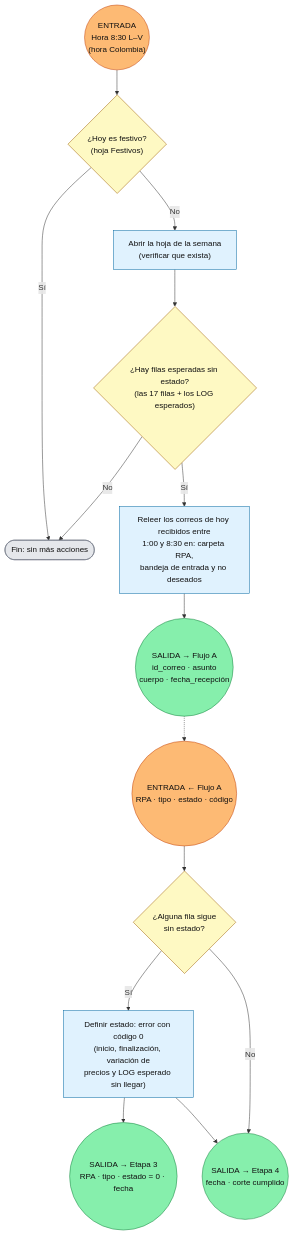
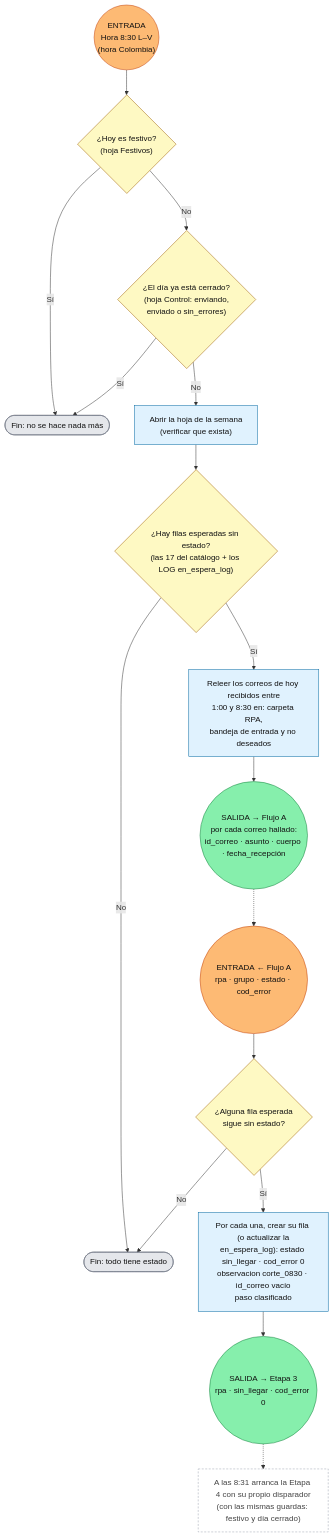
The diagram in etapa2-lectura-correos/flujo2c-corte-0830.md (juanromerov/champions-rpa-mx), drawn with Mermaid before and after one commit. The commit also changed other lines of this file and 5 other files, not shown here.

````diff
--- a/etapa2-lectura-correos/flujo2c-corte-0830.md
+++ b/etapa2-lectura-correos/flujo2c-corte-0830.md
@@ -5,32 +5,37 @@
 ```mermaid
 flowchart TD
     classDef entrada fill:#fdba74,stroke:#c2410c,color:#111
     classDef salida fill:#86efac,stroke:#15803d,color:#111
     classDef paso fill:#e0f2fe,stroke:#0369a1,color:#111
     classDef decision fill:#fef9c3,stroke:#a16207,color:#111
     classDef gris fill:#e5e7eb,stroke:#6b7280,color:#111
+    classDef nota fill:#fff,stroke:#9ca3af,color:#444,stroke-dasharray:4 3
 
     IN(("ENTRADA<br/>Hora 8:30 L–V<br/>(hora Colombia)")):::entrada
     FEST{"¿Hoy es festivo?<br/>(hoja Festivos)"}:::decision
-    FIN(["Fin: sin más acciones"]):::gris
+    ENV{"¿El día ya está cerrado?<br/>(hoja Control: enviando,<br/>enviado o sin_errores)"}:::decision
+    FIN(["Fin: no se hace nada más"]):::gris
     ABRIR["Abrir la hoja de la semana<br/>(verificar que exista)"]:::paso
-    PEND{"¿Hay filas esperadas sin estado?<br/>(las 17 filas + los LOG esperados)"}:::decision
+    PEND{"¿Hay filas esperadas sin estado?<br/>(las 17 del catálogo + los LOG en_espera_log)"}:::decision
+    FIN2(["Fin: todo tiene estado"]):::gris
     RELEER["Releer los correos de hoy recibidos entre<br/>1:00 y 8:30 en: carpeta RPA,<br/>bandeja de entrada y no deseados"]:::paso
-    OUTA(("SALIDA → Flujo A<br/>id_correo · asunto<br/>cuerpo · fecha_recepción")):::salida
-    INB(("ENTRADA ← Flujo A<br/>RPA · tipo · estado · código")):::entrada
-    SIGUE{"¿Alguna fila sigue<br/>sin estado?"}:::decision
-    CERO["Definir estado: error con código 0<br/>(inicio, finalización, variación de<br/>precios y LOG esperado sin llegar)"]:::paso
-    OUT3(("SALIDA → Etapa 3<br/>RPA · tipo · estado = 0 · fecha")):::salida
-    OUT4(("SALIDA → Etapa 4<br/>fecha · corte cumplido")):::salida
+    OUTA(("SALIDA → Flujo A<br/>por cada correo hallado:<br/>id_correo · asunto · cuerpo · fecha_recepción")):::salida
+    INB(("ENTRADA ← Flujo A<br/>rpa · grupo · estado · cod_error")):::entrada
+    SIGUE{"¿Alguna fila esperada<br/>sigue sin estado?"}:::decision
+    SINLL["Por cada una, crear su fila (o actualizar la<br/>en_espera_log): estado sin_llegar · cod_error 0<br/>observacion corte_0830 · id_correo vacío<br/>paso clasificado"]:::paso
+    OUTE(("SALIDA → Etapa 3<br/>rpa · sin_llegar · cod_error 0")):::salida
+    NOTA["A las 8:31 arranca la Etapa 4 con su propio disparador<br/>(con las mismas guardas: festivo y día cerrado)"]:::nota
 
     IN --> FEST
     FEST -- Sí --> FIN
-    FEST -- No --> ABRIR --> PEND
-    PEND -- No --> FIN
+    FEST -- No --> ENV
+    ENV -- Sí --> FIN
+    ENV -- No --> ABRIR --> PEND
+    PEND -- No --> FIN2
     PEND -- Sí --> RELEER --> OUTA
     OUTA -.-> INB
     INB --> SIGUE
-    SIGUE -- Sí --> CERO --> OUT3
-    CERO --> OUT4
-    SIGUE -- No --> OUT4
+    SIGUE -- No --> FIN2
+    SIGUE -- Sí --> SINLL --> OUTE
+    OUTE -.-> NOTA
 ```
````
